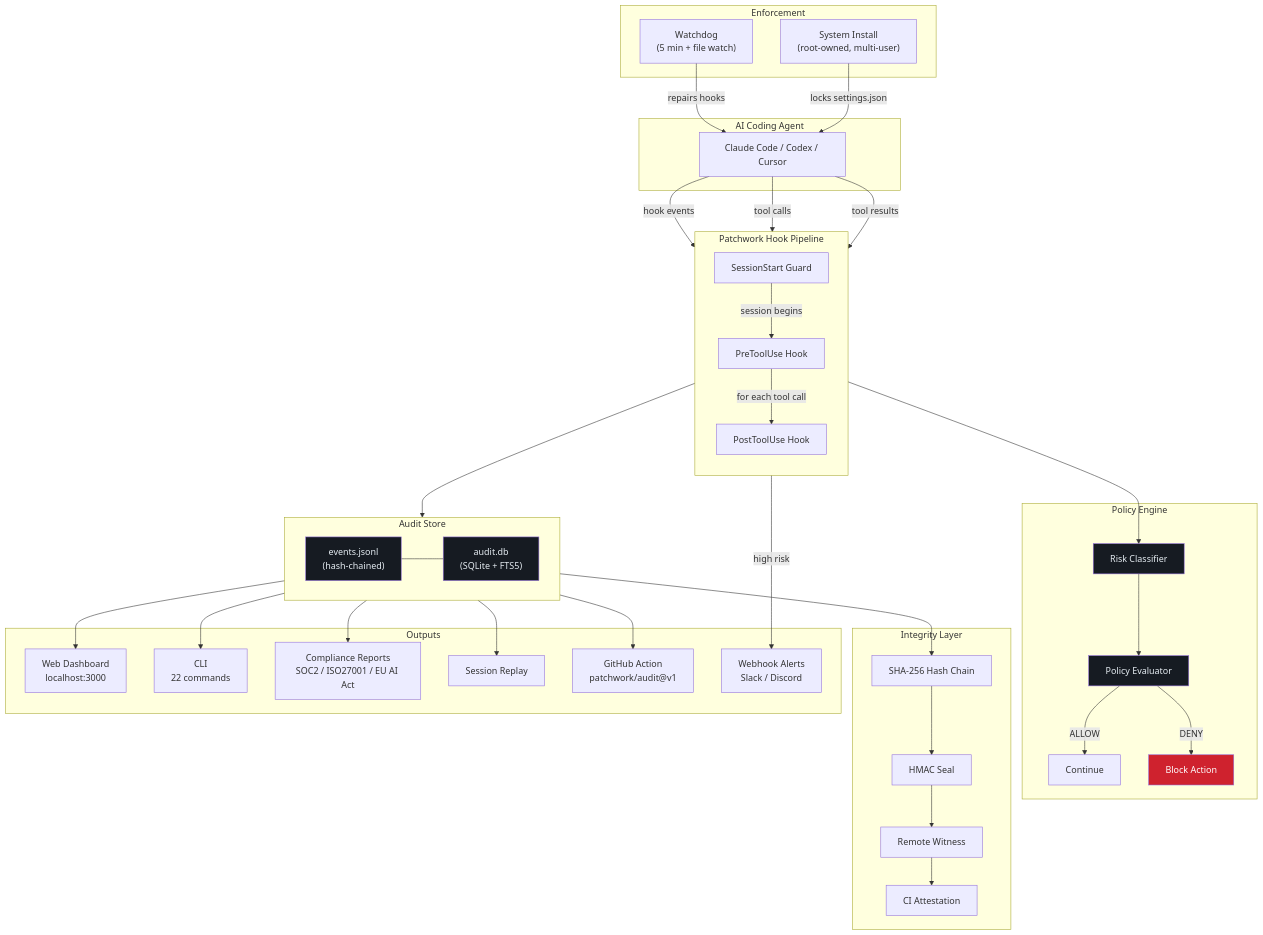
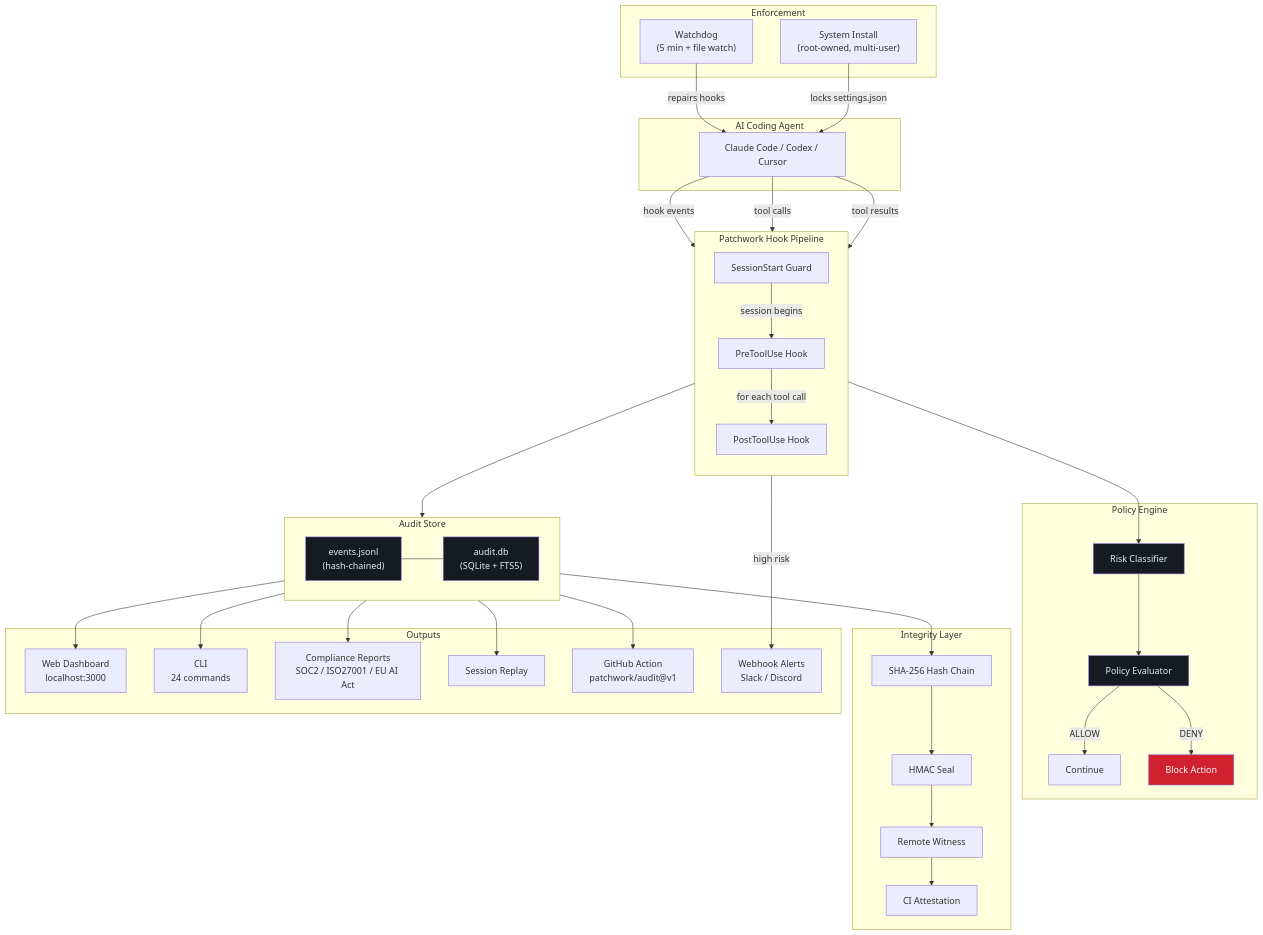
Before and after one commit to JonoGitty/patchwork-audit: the diagram in README.md, drawn with Mermaid. The commit also changed other lines of this file and 7 other files, not shown here.

````diff
--- a/README.md
+++ b/README.md
@@ -279,79 +320,79 @@
 ```mermaid
 flowchart TB
     subgraph "AI Coding Agent"
         CC[Claude Code / Codex / Cursor]
     end
 
     subgraph "Patchwork Hook Pipeline"
         direction TB
         SS[SessionStart Guard]
         PT[PreToolUse Hook]
         POST[PostToolUse Hook]
 
         SS -->|session begins| PT
         PT -->|for each tool call| POST
     end
 
     subgraph "Policy Engine"
         RC[Risk Classifier]
         PE[Policy Evaluator]
         RC --> PE
         PE -->|ALLOW| A1[Continue]
         PE -->|DENY| A2[Block Action]
     end
 
     subgraph "Audit Store"
         direction LR
         JSONL["events.jsonl\n(hash-chained)"]
         SQL["audit.db\n(SQLite + FTS5)"]
         JSONL --- SQL
     end
 
     subgraph "Integrity Layer"
         HC[SHA-256 Hash Chain]
         SEAL[HMAC Seal]
         WIT[Remote Witness]
         ATT[CI Attestation]
     end
 
     subgraph "Outputs"
         DASH[Web Dashboard\nlocalhost:3000]
-        CLI[CLI\n22 commands]
+        CLI[CLI\n24 commands]
         RPT["Compliance Reports\nSOC2 / ISO27001 / EU AI Act"]
         REP[Session Replay]
         GHA["GitHub Action\npatchwork/audit@v1"]
         WH[Webhook Alerts\nSlack / Discord]
     end
 
     CC -->|hook events| SS
     CC -->|tool calls| PT
     CC -->|tool results| POST
 
     PT --> RC
     POST --> JSONL
 
     JSONL --> HC
     HC --> SEAL
     SEAL --> WIT
     WIT --> ATT
 
     JSONL --> DASH
     JSONL --> CLI
     JSONL --> RPT
     JSONL --> REP
     JSONL --> GHA
     POST -->|high risk| WH
 
     subgraph "Enforcement"
         WD["Watchdog\n(5 min + file watch)"]
         SYS["System Install\n(root-owned, multi-user)"]
         WD -->|repairs hooks| CC
         SYS -->|locks settings.json| CC
     end
 
     style A2 fill:#cf222e,color:#fff
     style PE fill:#161b22,color:#e6edf3
     style RC fill:#161b22,color:#e6edf3
     style JSONL fill:#161b22,color:#e6edf3
     style SQL fill:#161b22,color:#e6edf3
 ```
````
